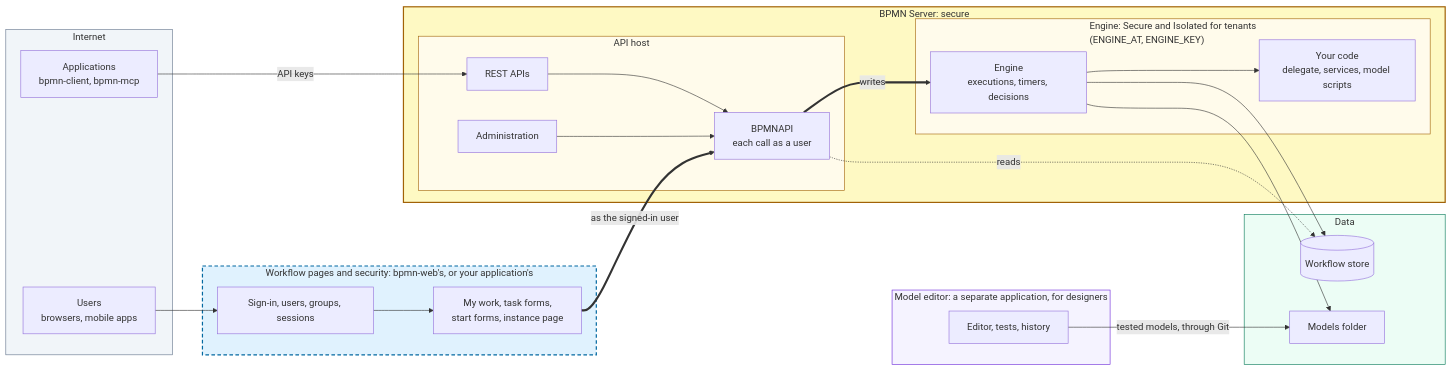
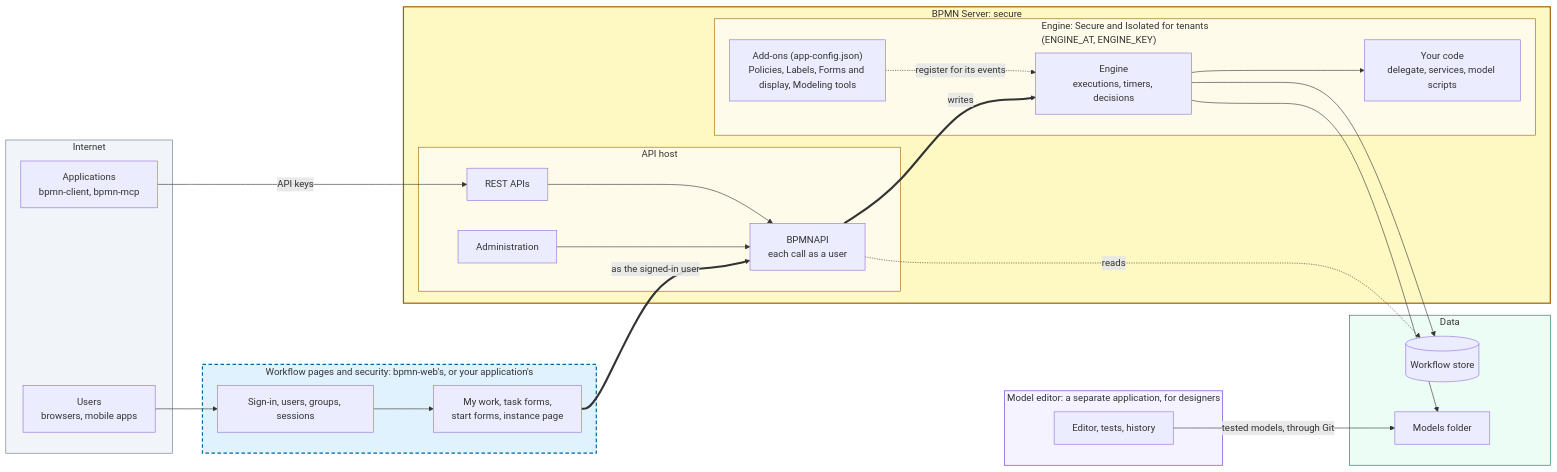
One commit to bpmnServer/bpmn-server changed the first of 4 diagrams in docs/docs/architecture.md. Above: the diagram before and after it, drawn with Mermaid. The commit also changed other lines of this file, not shown here.

First line of the commit message:
Architecture: the add-ons

````diff
--- a/docs/docs/architecture.md
+++ b/docs/docs/architecture.md
@@ -10,59 +13,61 @@
 ```mermaid
 flowchart LR
   subgraph Internet["Internet"]
     People["Users<br/>browsers, mobile apps"]
     Others["Applications<br/>bpmn-client, bpmn-mcp"]
   end
 
   subgraph UIZone["Workflow pages and security: bpmn-web's, or your application's"]
     Sec["Sign-in, users, groups, sessions"]
     Pages["My work, task forms,<br/>start forms, instance page"]
     Sec --> Pages
   end
 
   subgraph Core["BPMN Server: secure"]
     subgraph HostZone["API host"]
       REST["REST APIs"]
       Admin["Administration"]
       API["BPMNAPI<br/>each call as a user"]
       REST --> API
       Admin --> API
     end
     subgraph EngineZone["Engine: Secure and Isolated for tenants <br/>(ENGINE_AT, ENGINE_KEY)"]
       Engine["Engine<br/>executions, timers, decisions"]
       Code["Your code<br/>delegate, services, model scripts"]
+      AddOns["Add-ons (app-config.json)<br/>Policies, Labels, Forms and display, Modeling tools"]
       Engine --> Code
+      AddOns -. "register for its events" .-> Engine
     end
   end
 
   subgraph DataZone["Data"]
     Store[("Workflow store")]
     Models["Models folder"]
   end
 
   subgraph EditorZone["Model editor: a separate application, for designers"]
     Editor["Editor, tests, history"]
   end
 
   People --> Sec
   Others -- "API keys" --> REST
   Pages == "as the signed-in user" ==> API
   API == "writes" ==> Engine
   API -. "reads" .-> Store
   Engine --> Store
   Engine --> Models
   Editor -- "tested models, through Git" --> Models
 
   classDef outside fill:#f1f5f9,stroke:#64748b,stroke-width:1px
   classDef replace fill:#e0f2fe,stroke:#0369a1,stroke-width:2px,stroke-dasharray:6 4
   classDef private fill:#fef9c3,stroke:#a16207,stroke-width:2px
   classDef inner fill:#fffbeb,stroke:#a16207,stroke-width:1px
   classDef data fill:#ecfdf5,stroke:#047857,stroke-width:1px
   classDef design fill:#f5f3ff,stroke:#6d28d9,stroke-width:1px
   class Internet outside
   class UIZone replace
   class Core private
   class HostZone,EngineZone inner
   class DataZone data
   class EditorZone design
 ```
````
